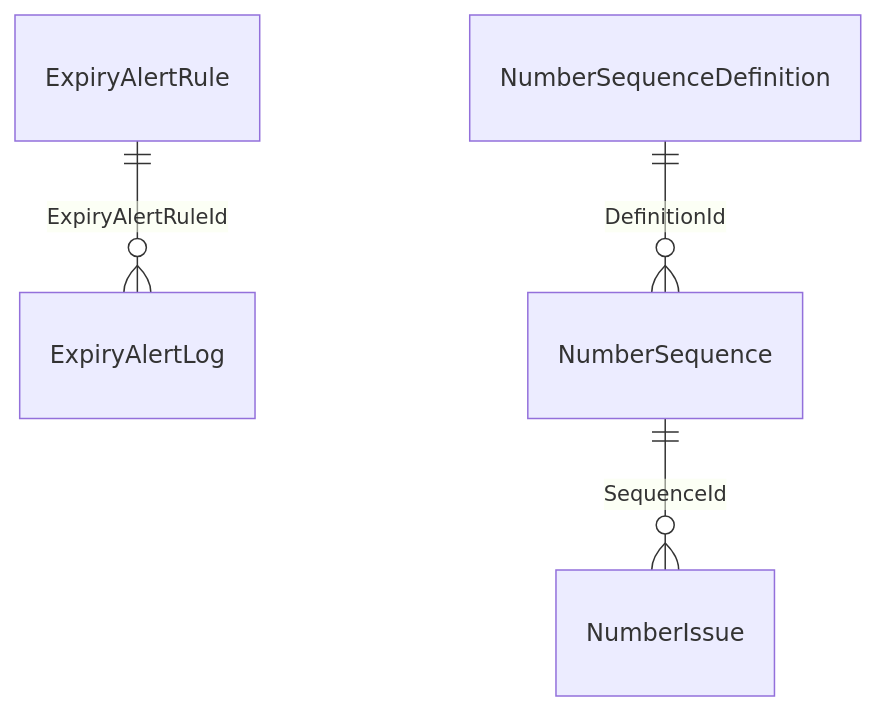
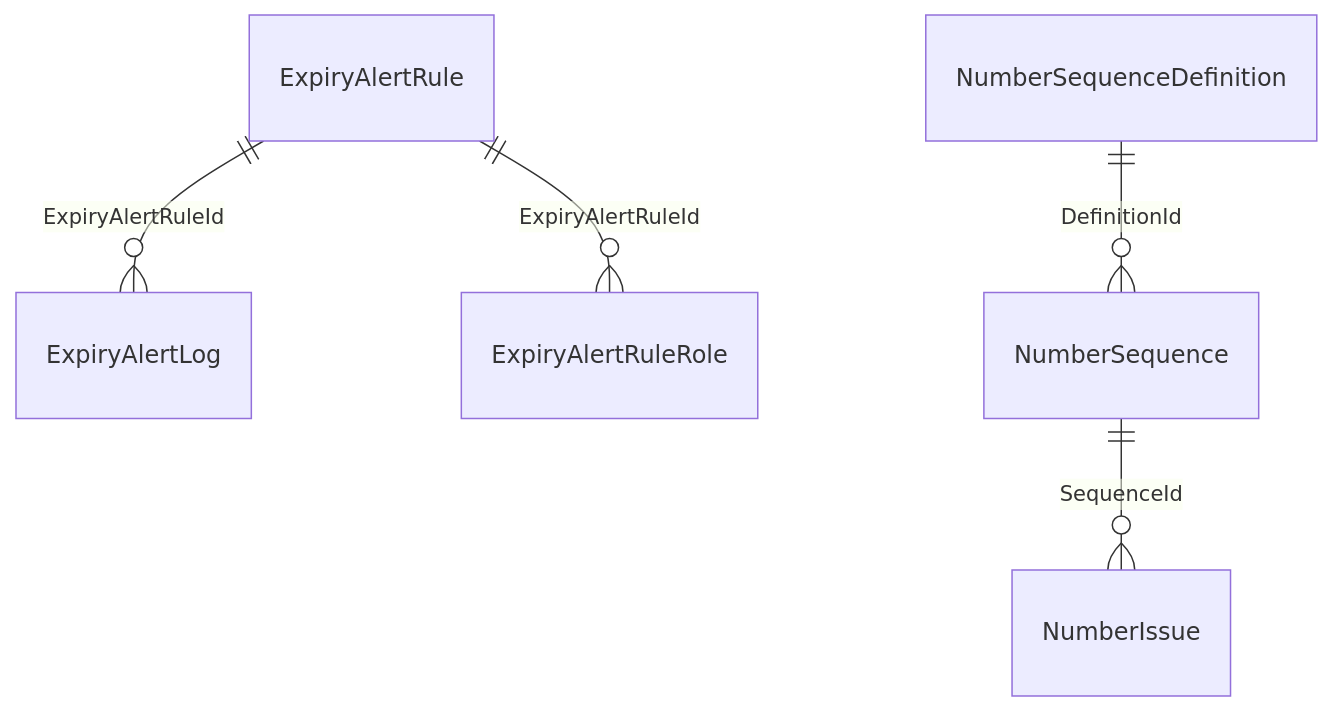
The fifth of 20 diagrams in treasury-platform/docs/22-erd-by-schema.md (thawrasy/smartlines), drawn with Mermaid before and after one commit. The commit also changed other lines of this file and 15 other files, not shown here.

````diff
--- a/treasury-platform/docs/22-erd-by-schema.md
+++ b/treasury-platform/docs/22-erd-by-schema.md
@@ -86,6 +86,7 @@
 ```mermaid
 erDiagram
   ExpiryAlertRule ||--o{ ExpiryAlertLog : "ExpiryAlertRuleId"
+  ExpiryAlertRule ||--o{ ExpiryAlertRuleRole : "ExpiryAlertRuleId"
   NumberSequence ||--o{ NumberIssue : "SequenceId"
   NumberSequenceDefinition ||--o{ NumberSequence : "DefinitionId"
 ```
````
